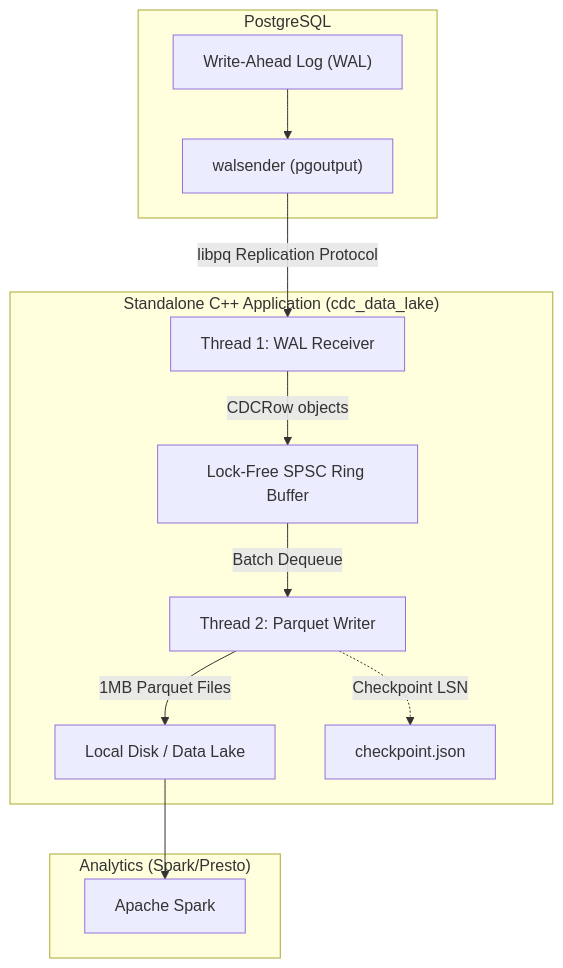
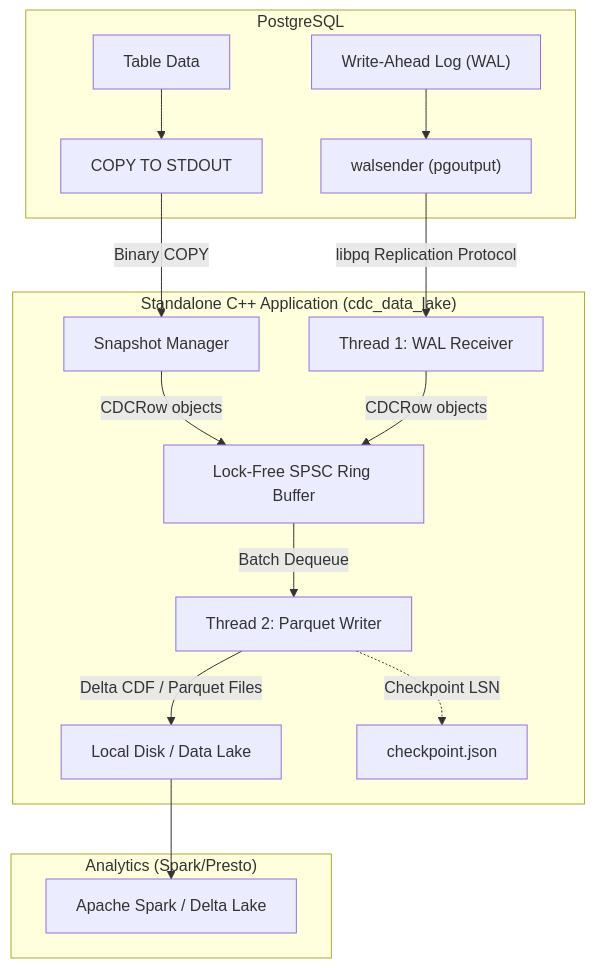
One commit to rajeshkumarblr/pg_cdc_datalake changed the first of 3 diagrams in DESIGN.md. Above: the diagram before and after it, drawn with Mermaid. The commit also changed other lines of this file and 4 other files, not shown here.

Commit message:
Add Pytest regression suite for snapshot, cdf schema, and shutdown

````diff
--- a/DESIGN.md
+++ b/DESIGN.md
@@ -11,18 +11,21 @@
 ```mermaid
 graph TD
     subgraph "PostgreSQL"
         WAL["Write-Ahead Log (WAL)"] --> Walsender["walsender (pgoutput)"]
+        Snap["Table Data"] --> CopyOut["COPY TO STDOUT"]
     end
 
     subgraph "Standalone C++ Application (cdc_data_lake)"
+        CopyOut -->|"Binary COPY"| SnapshotManager["Snapshot Manager"]
         Walsender -->|"libpq Replication Protocol"| WalReceiver["Thread 1: WAL Receiver"]
-        WalReceiver -->|"CDCRow objects"| RingBuffer["Lock-Free SPSC Ring Buffer"]
+        SnapshotManager -->|"CDCRow objects"| RingBuffer["Lock-Free SPSC Ring Buffer"]
+        WalReceiver -->|"CDCRow objects"| RingBuffer
         RingBuffer -->|"Batch Dequeue"| ParquetWriter["Thread 2: Parquet Writer"]
-        ParquetWriter -->|"1MB Parquet Files"| Disk["Local Disk / Data Lake"]
+        ParquetWriter -->|"Delta CDF / Parquet Files"| Disk["Local Disk / Data Lake"]
         ParquetWriter -.->|"Checkpoint LSN"| CheckpointFile["checkpoint.json"]
     end
 
     subgraph "Analytics (Spark/Presto)"
-        Disk --> Spark["Apache Spark"]
+        Disk --> Spark["Apache Spark / Delta Lake"]
     end
 ```
````
